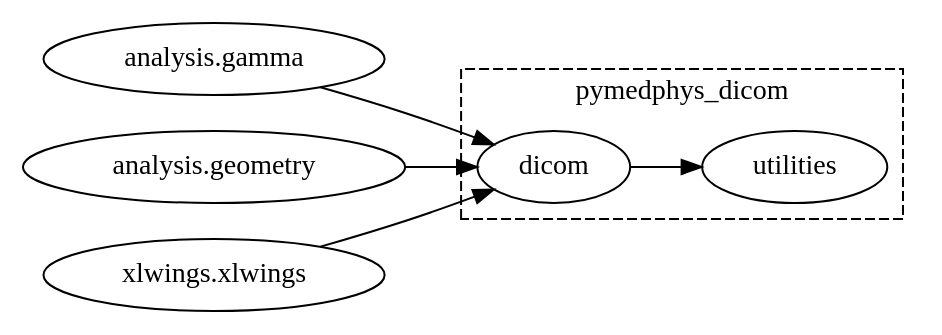
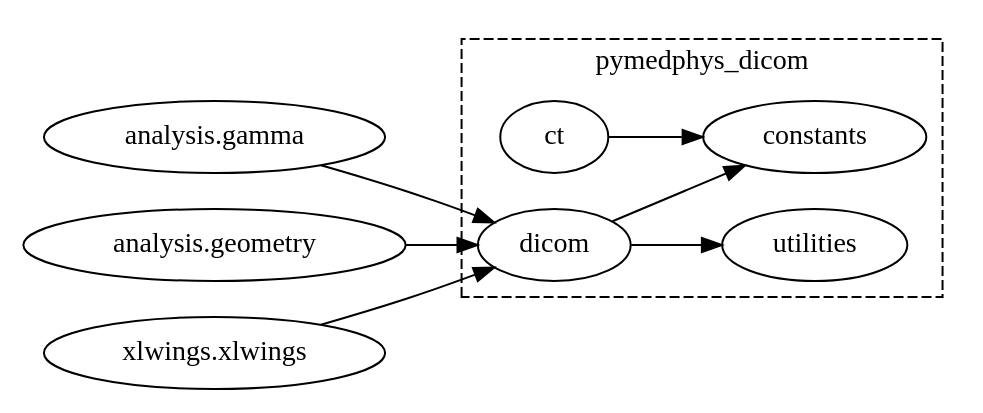
One commit to pymedphys/pymedphys changed the diagram in docs/graphs/pymedphys_dicom.dot. Above: the diagram before and after it, drawn with Graphviz. The commit also changed 15 other files, not shown here.

```diff
--- a/docs/graphs/pymedphys_dicom.dot
+++ b/docs/graphs/pymedphys_dicom.dot
@@ -1,32 +1,38 @@
 strict digraph {
 	graph [rankdir=LR];
 	{
 		graph [rank=same];
 		"pymedphys_analysis.gamma"		 [URL="#pymedphys-analysis-gamma",
 			label="analysis.gamma"];
 		"pymedphys_analysis.geometry"		 [URL="#pymedphys-analysis-geometry",
 			label="analysis.geometry"];
 		"pymedphys_xlwings.xlwings"		 [URL="#pymedphys-xlwings-xlwings",
 			label="xlwings.xlwings"];
 	}
 	subgraph cluster_0 {
 		graph [URL="#pymedphys-dicom",
 			label=pymedphys_dicom,
 			style=dashed
 		];
 		{
 			graph [rank=same];
+			"pymedphys_dicom.constants"			 [URL="#pymedphys-dicom-constants",
+				label=constants];
 			"pymedphys_dicom.utilities"			 [URL="#pymedphys-dicom-utilities",
 				label=utilities];
 		}
 		{
 			graph [rank=same];
+			"pymedphys_dicom.ct"			 [URL="#pymedphys-dicom-ct",
+				label=ct];
 			"pymedphys_dicom.dicom"			 [URL="#pymedphys-dicom-dicom",
 				label=dicom];
 		}
 	}
+	"pymedphys_dicom.ct" -> "pymedphys_dicom.constants";
+	"pymedphys_dicom.dicom" -> "pymedphys_dicom.constants";
 	"pymedphys_dicom.dicom" -> "pymedphys_dicom.utilities";
 	"pymedphys_analysis.gamma" -> "pymedphys_dicom.dicom";
 	"pymedphys_analysis.geometry" -> "pymedphys_dicom.dicom";
 	"pymedphys_xlwings.xlwings" -> "pymedphys_dicom.dicom";
 }
```
